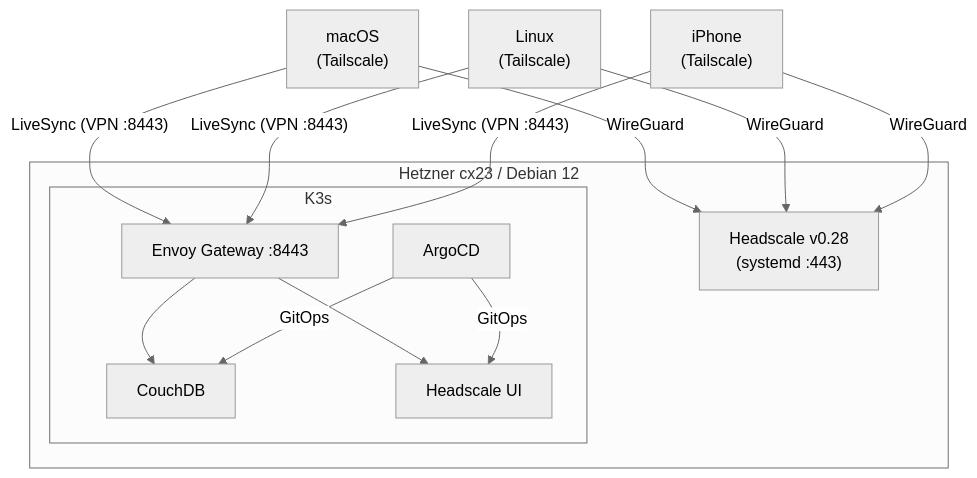
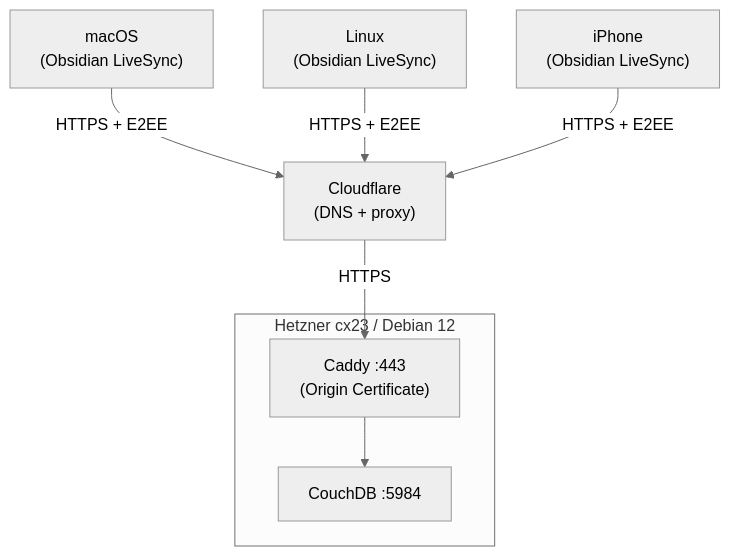
One commit to qwqw-333/vps changed the diagram in README.md. Above: the diagram before and after it, drawn with Mermaid (neutral theme). The commit also changed other lines of this file and 56 other files, not shown here.

````diff
--- a/README.md
+++ b/README.md
@@ -7,22 +7,14 @@
 ```mermaid
 graph TB
-    subgraph hetzner [Hetzner cx23 / Debian 12]
-        Headscale["Headscale v0.28<br/>(systemd :443)"]
-        subgraph k3s [K3s]
-            EG["Envoy Gateway :8443"]
-            ArgoCD
-            EG --> CouchDB
-            EG --> HSUI["Headscale UI"]
-            ArgoCD -->|GitOps| CouchDB
-            ArgoCD -->|GitOps| HSUI
-        end
+    subgraph hetzner ["Hetzner cx23 / Debian 12"]
+        Caddy["Caddy :443<br/>(Origin Certificate)"]
+        CouchDB["CouchDB :5984"]
+        Caddy --> CouchDB
     end
 
-    macOS["macOS<br/>(Tailscale)"] -->|WireGuard| Headscale
-    Linux["Linux<br/>(Tailscale)"] -->|WireGuard| Headscale
-    iPhone["iPhone<br/>(Tailscale)"] -->|WireGuard| Headscale
+    CF["Cloudflare<br/>(DNS + proxy)"] -->|HTTPS| Caddy
 
-    macOS -->|"LiveSync (VPN :8443)"| EG
-    Linux -->|"LiveSync (VPN :8443)"| EG
-    iPhone -->|"LiveSync (VPN :8443)"| EG
+    macOS["macOS<br/>(Obsidian LiveSync)"] -->|HTTPS + E2EE| CF
+    Linux["Linux<br/>(Obsidian LiveSync)"] -->|HTTPS + E2EE| CF
+    iPhone["iPhone<br/>(Obsidian LiveSync)"] -->|HTTPS + E2EE| CF
 ```
````
